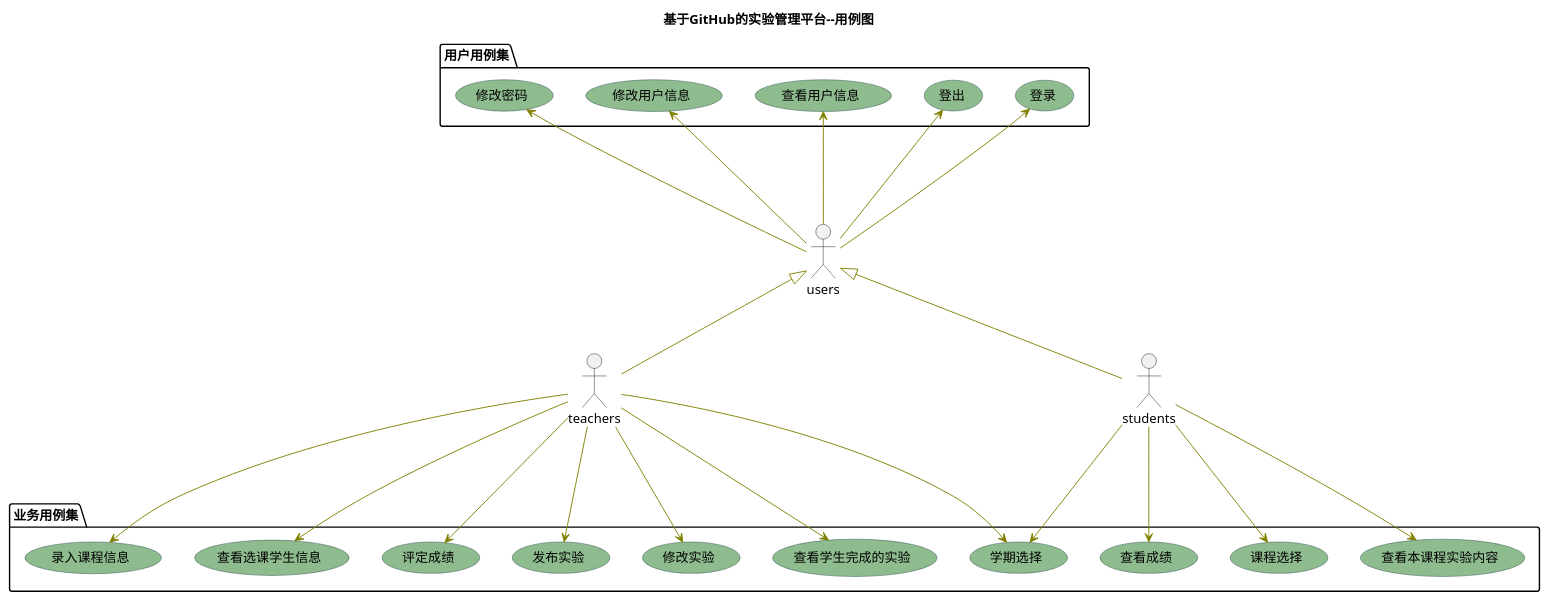
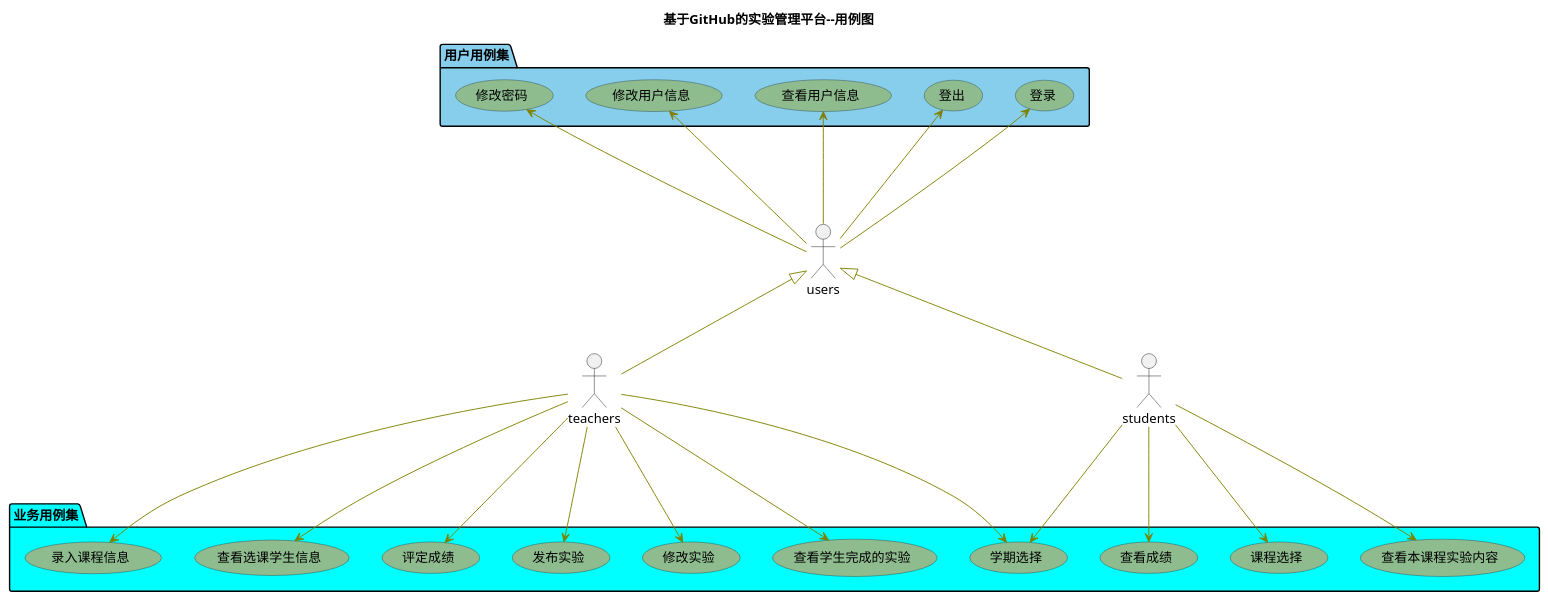
Before and after one commit to zhangji123456/is_analysis: the diagram in test6/src/usecase.puml, drawn with PlantUML.

```diff
--- a/test6/src/usecase.puml
+++ b/test6/src/usecase.puml
@@ -5,41 +5,41 @@
 @startuml
 skinparam usecase {
 	BackgroundColor DarkSeaGreen
 	BorderColor DarkSlateGray
 	BackgroundColor<< Main >> YellowGreen
 	BorderColor<< Main >> YellowGreen
 	ArrowColor Olive
 	ActorBorderColor black
 	ActorFontName Courier
 	ActorBackgroundColor<< Human >> Gold
 }
 title 基于GitHub的实验管理平台--用例图
 actor teachers
 actor students
 actor users
 users <|-- teachers
 users <|-- students
 
-package 用户用例集 {
+package 用户用例集 #87CEED{
 users --up-> (登录)
 users --up-> (登出)
 users --up-> (查看用户信息)
 users --up-> (修改用户信息)
 users --up-> (修改密码)
 }
-package 业务用例集 {
+package 业务用例集 #00FFFF{
 teachers ---> (评定成绩)
 teachers ---> (发布实验)
 teachers ---> (修改实验)
 teachers ---> (查看学生完成的实验)
 teachers ---> (学期选择)
 teachers ---> (录入课程信息)
 teachers ---> (查看选课学生信息)
 
 students ---> (学期选择)
 students ---> (课程选择)
 students ---> (查看本课程实验内容)
 students ---> (查看成绩)
 }
 
 @enduml
```
